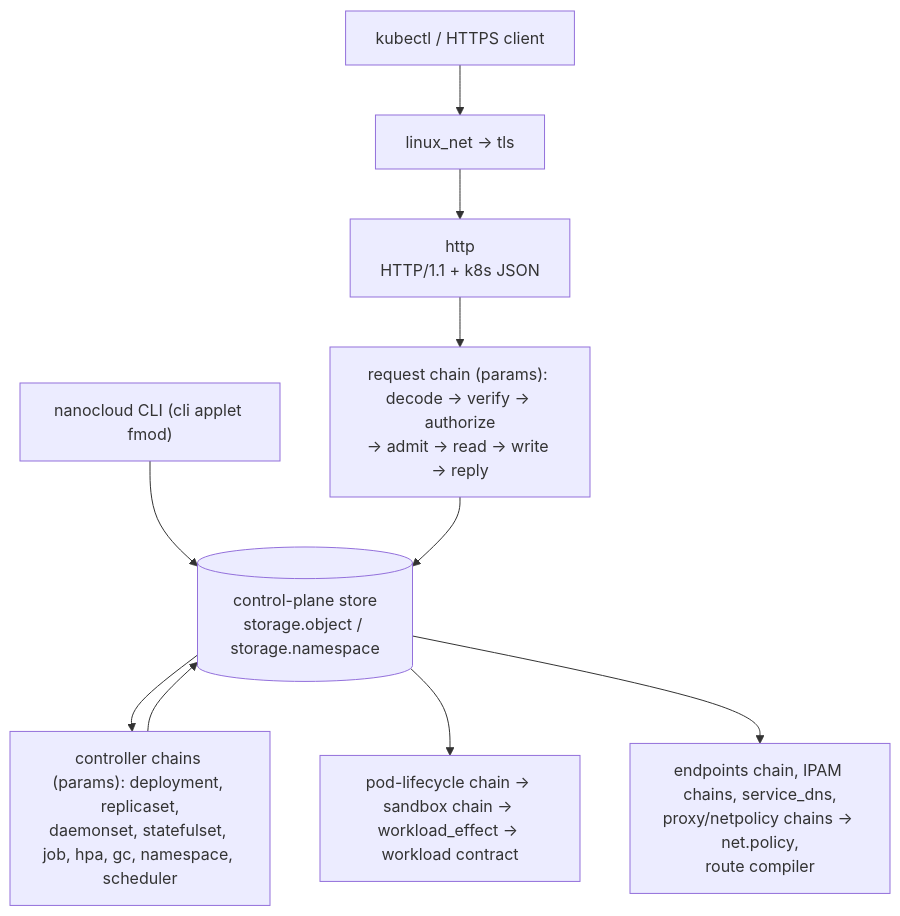
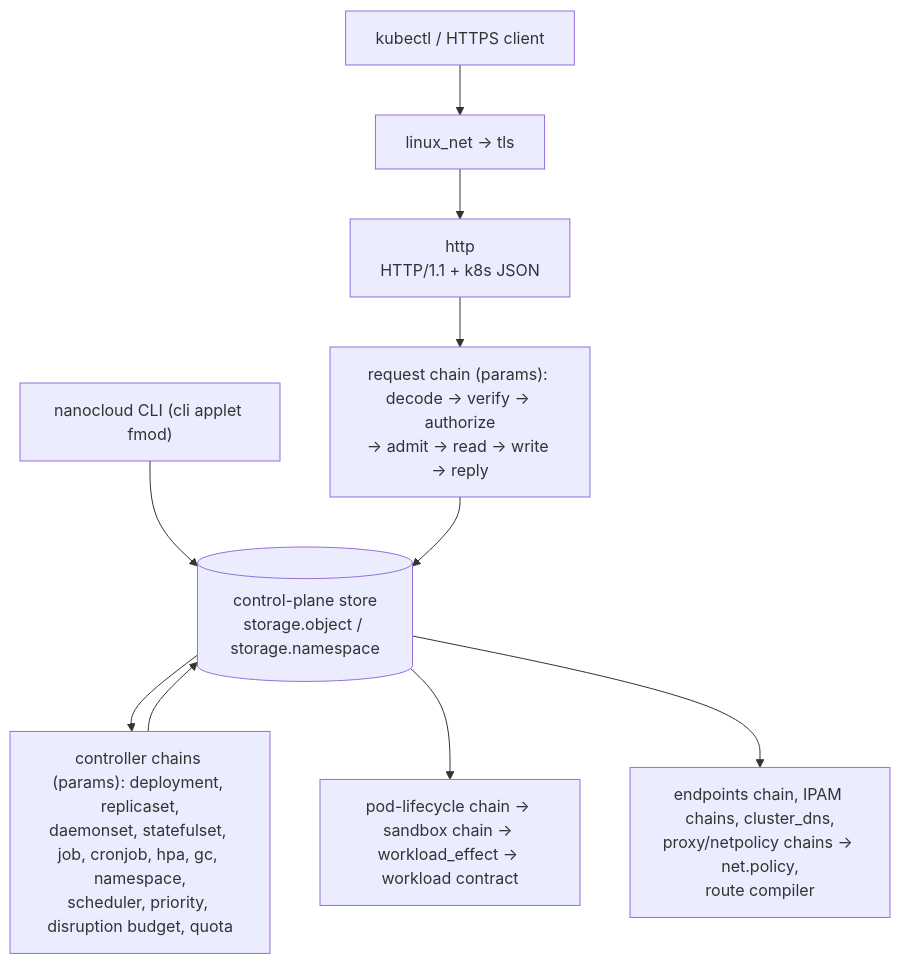
One commit to nanocloudio/nanocloud changed the diagram in README.md. Above: the diagram before and after it, drawn with Mermaid. The commit also changed other lines of this file and 161 other files, not shown here.

````diff
--- a/README.md
+++ b/README.md
@@ -55,12 +55,12 @@
 ```mermaid
 flowchart TD
     CLI["nanocloud CLI (cli applet fmod)"] --> Store[("control-plane store<br/>storage.object / storage.namespace")]
     Client["kubectl / HTTPS client"] --> TLS["linux_net → tls"]
     TLS --> Http["http<br/>HTTP/1.1 + k8s JSON"]
     Http --> Pipe["request chain (params): decode → verify → authorize<br/>→ admit → read → write → reply"]
     Pipe --> Store
-    Store --> Ctrl["controller chains (params): deployment, replicaset,<br/>daemonset, statefulset, job, hpa, gc, namespace, scheduler"]
+    Store --> Ctrl["controller chains (params): deployment, replicaset,<br/>daemonset, statefulset, job, cronjob, hpa, gc, namespace,<br/>scheduler, priority, disruption budget, quota"]
     Ctrl --> Store
     Store --> Node["pod-lifecycle chain → sandbox chain → workload_effect → workload contract"]
-    Store --> Net["endpoints chain, IPAM chains, service_dns,<br/>proxy/netpolicy chains → net.policy,<br/>route compiler"]
+    Store --> Net["endpoints chain, IPAM chains, cluster_dns,<br/>proxy/netpolicy chains → net.policy,<br/>route compiler"]
 ```
````
